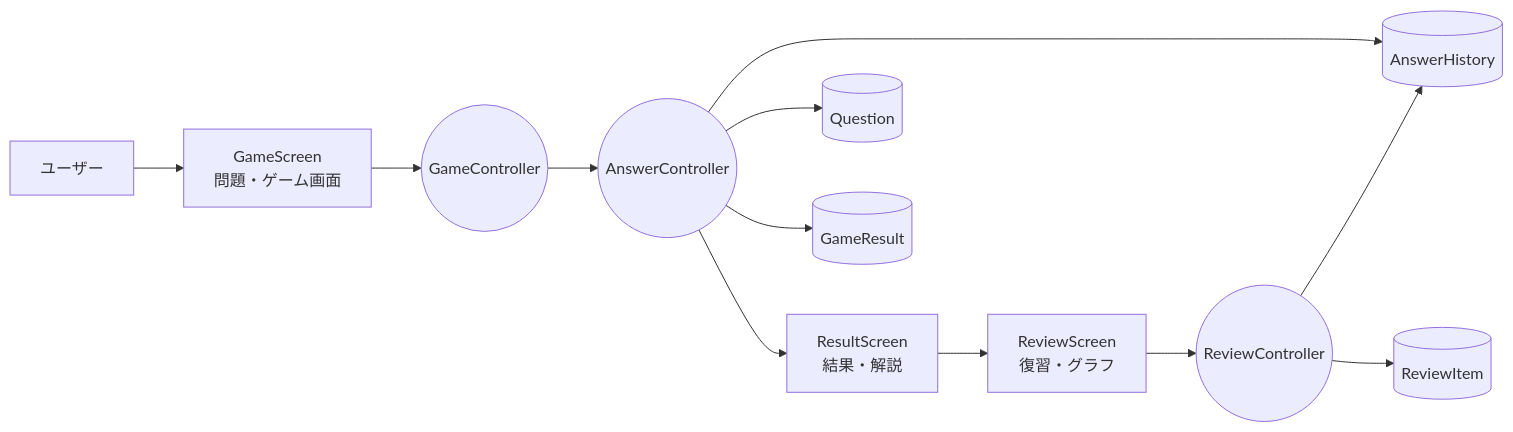
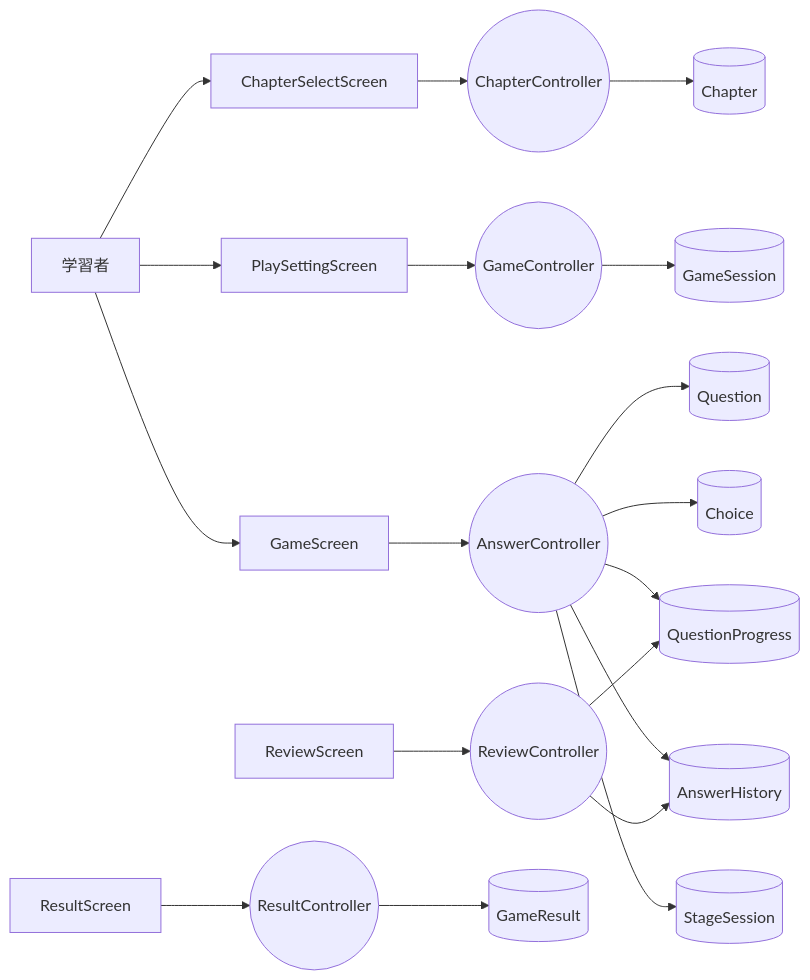
One commit to suu-dev-0203/graduation_JAVAgame changed the sixth of 12 diagrams in README.md. Above: the diagram before and after it, drawn with Mermaid. The commit also changed other lines of this file, not shown here.

````diff
--- a/README.md
+++ b/README.md
@@ -1124,29 +1753,48 @@
 ```mermaid
 flowchart LR
-    U[ユーザー]
+    U[学習者]
 
-    B1[GameScreen<br/>問題・ゲーム画面]
-    B2[ResultScreen<br/>結果・解説]
-    B3[ReviewScreen<br/>復習・グラフ]
+    B1[ChapterSelectScreen]
+    B2[PlaySettingScreen]
+    B3[GameScreen]
+    B4[ResultScreen]
+    B5[ReviewScreen]
 
-    C1((GameController))
-    C2((AnswerController))
-    C3((ReviewController))
+    C1((ChapterController))
+    C2((GameController))
+    C3((AnswerController))
+    C4((ResultController))
+    C5((ReviewController))
 
-    E1[(Question)]
-    E2[(AnswerHistory)]
-    E3[(GameResult)]
-    E4[(ReviewItem)]
+    E1[(Chapter)]
+    E2[(Question)]
+    E3[(Choice)]
+    E4[(QuestionProgress)]
+    E5[(AnswerHistory)]
+    E6[(GameSession)]
+    E7[(StageSession)]
+    E8[(GameResult)]
 
     U --> B1
     B1 --> C1
-    C1 --> C2
-    C2 --> E1
-    C2 --> E2
-    C2 --> E3
-    C2 --> B2
-    B2 --> B3
+    C1 --> E1
+
+    U --> B2
+    B2 --> C2
+    C2 --> E6
+
+    U --> B3
     B3 --> C3
+    C3 --> E2
+    C3 --> E3
     C3 --> E4
-    C3 --> E2
+    C3 --> E5
+    C3 --> E7
+
+    B4 --> C4
+    C4 --> E8
+
+    B5 --> C5
+    C5 --> E4
+    C5 --> E5
 ```
````
